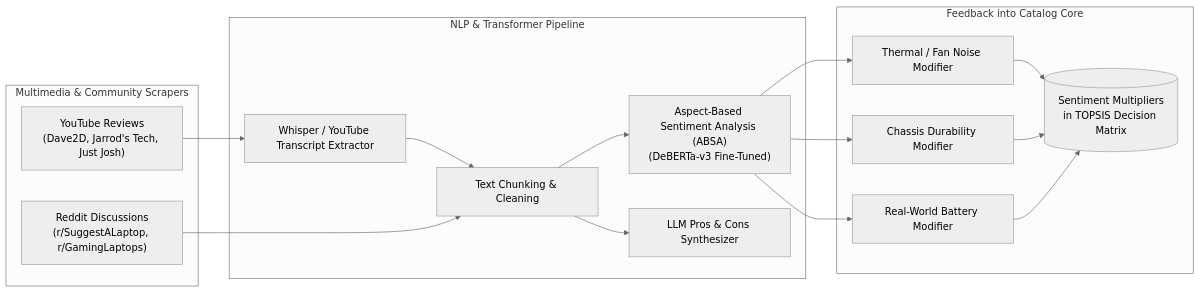
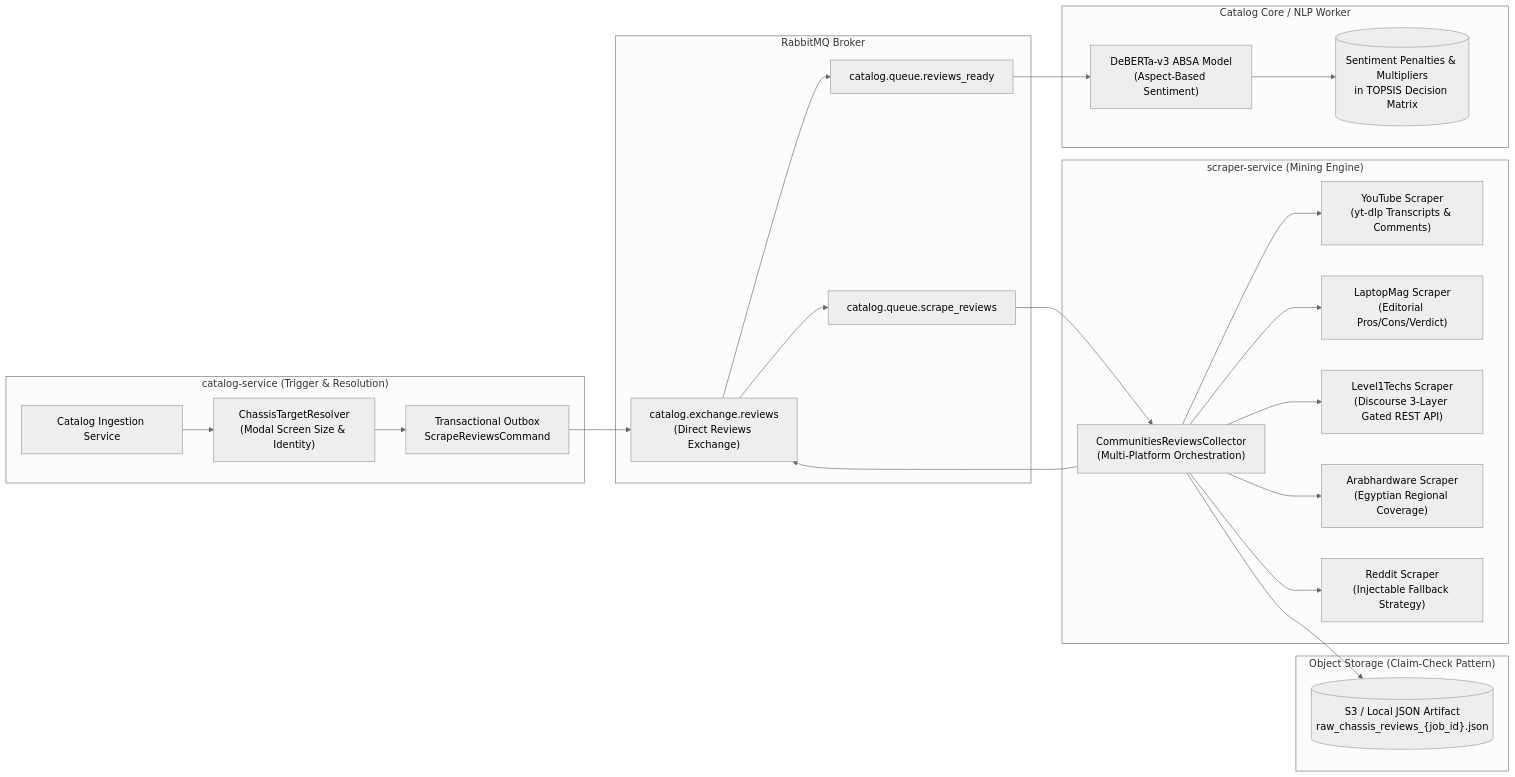
One commit to marwan779/laptop-recommender changed the third of 4 diagrams in README.md. Above: the diagram before and after it, drawn with Mermaid (neutral theme). The commit also changed other lines of this file and 3 other files, not shown here.

Commit message:
feat(reviews): add e2e test script, local artifact persistence, and update docs

````diff
--- a/README.md
+++ b/README.md
@@ -338,32 +304,45 @@
 ```mermaid
 flowchart LR
-    subgraph DataMining ["Multimedia & Community Scrapers"]
-        YT["YouTube Reviews<br/>(Dave2D, Jarrod's Tech, Just Josh)"]
-        REDDIT["Reddit Discussions<br/>(r/SuggestALaptop, r/GamingLaptops)"]
+    subgraph CatalogService ["catalog-service (Trigger & Resolution)"]
+        INGEST["Catalog Ingestion Service"]
+        CHASSIS["ChassisTargetResolver<br/>(Modal Screen Size & Identity)"]
+        OUTBOX["Transactional Outbox<br/>ScrapeReviewsCommand"]
     end
 
-    subgraph Processing ["NLP & Transformer Pipeline"]
-        TRANS["Whisper / YouTube Transcript Extractor"]
-        TOKEN["Text Chunking & Cleaning"]
-        ABSA["Aspect-Based Sentiment Analysis (ABSA)<br/>(DeBERTa-v3 Fine-Tuned)"]
-        LLM["LLM Pros & Cons Synthesizer"]
+    subgraph MessagingBroker ["RabbitMQ Broker"]
+        EX_REV["catalog.exchange.reviews<br/>(Direct Reviews Exchange)"]
+        Q_CMD["catalog.queue.scrape_reviews"]
+        Q_RDY["catalog.queue.reviews_ready"]
     end
 
-    subgraph Scoring ["Feedback into Catalog Core"]
-        PENALTY["Thermal / Fan Noise Modifier"]
-        HINGE["Chassis Durability Modifier"]
-        BATTERY_MOD["Real-World Battery Modifier"]
-        FINAL_SENT[("Sentiment Multipliers<br/>in TOPSIS Decision Matrix")]
+    subgraph ScraperService ["scraper-service (Mining Engine)"]
+        COLLECTOR["CommunitiesReviewsCollector<br/>(Multi-Platform Orchestration)"]
+        YT["YouTube Scraper<br/>(yt-dlp Transcripts & Comments)"]
+        MAG["LaptopMag Scraper<br/>(Editorial Pros/Cons/Verdict)"]
+        L1["Level1Techs Scraper<br/>(Discourse 3-Layer Gated REST API)"]
+        AH["Arabhardware Scraper<br/>(Egyptian Regional Coverage)"]
+        RED["Reddit Scraper<br/>(Injectable Fallback Strategy)"]
     end
 
-    YT --> TRANS --> TOKEN
-    REDDIT --> TOKEN
-    TOKEN --> ABSA
-    TOKEN --> LLM
-    ABSA --> PENALTY
-    ABSA --> HINGE
-    ABSA --> BATTERY_MOD
-    PENALTY --> FINAL_SENT
-    HINGE --> FINAL_SENT
-    BATTERY_MOD --> FINAL_SENT
+    subgraph ClaimCheck ["Object Storage (Claim-Check Pattern)"]
+        S3_JSON[("S3 / Local JSON Artifact<br/>raw_chassis_reviews_{job_id}.json")]
+    end
+
+    subgraph DownstreamNLP ["Catalog Core / NLP Worker"]
+        ABSA["DeBERTa-v3 ABSA Model<br/>(Aspect-Based Sentiment)"]
+        SENT_MOD[("Sentiment Penalties & Multipliers<br/>in TOPSIS Decision Matrix")]
+    end
+
+    INGEST --> CHASSIS --> OUTBOX
+    OUTBOX --> EX_REV --> Q_CMD
+    Q_CMD --> COLLECTOR
+    COLLECTOR --> YT
+    COLLECTOR --> MAG
+    COLLECTOR --> L1
+    COLLECTOR --> AH
+    COLLECTOR --> RED
+    COLLECTOR --> S3_JSON
+    COLLECTOR --> EX_REV --> Q_RDY
+    Q_RDY --> ABSA
+    ABSA --> SENT_MOD
 ```
````
